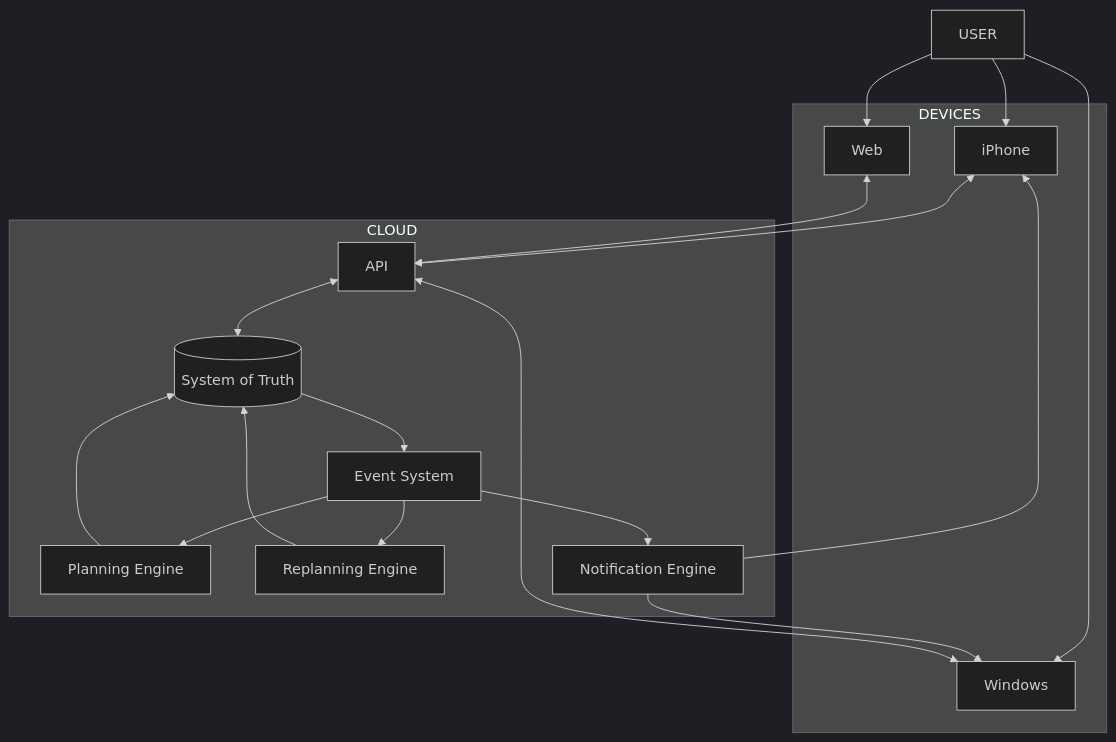
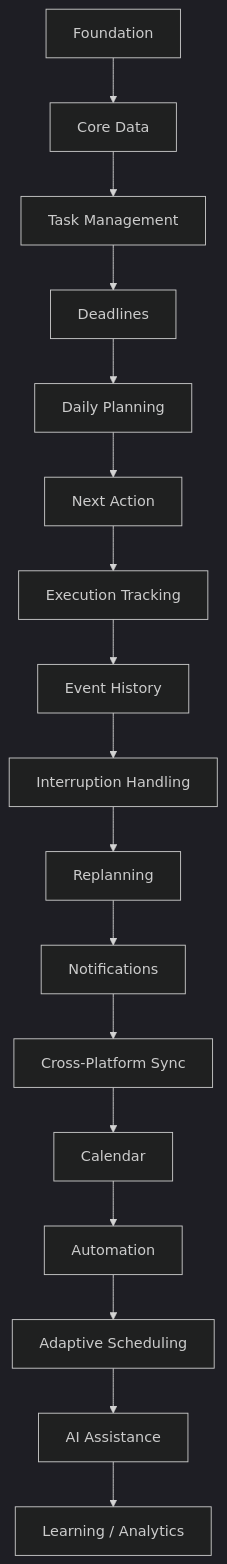
One commit to Alexsilvin/personal-productivity-system changed diagram 14 of 19 in docs/roadmap.md. Above: the diagram before and after it, drawn with Mermaid (dark theme). The commit also changed other lines of this file and 1 other file, not shown here.

````diff
--- a/docs/roadmap.md
+++ b/docs/roadmap.md
@@ -1570,41 +1119,23 @@
-```mermaid id="a3v1rc"
-flowchart TB
+```mermaid
+flowchart TD
+    A["Foundation"] --> B["Core Data"]
+    B --> C["Task Management"]
+    C --> D["Deadlines"]
+    D --> E["Daily Planning"]
+    E --> F["Next Action"]
+    F --> G["Execution Tracking"]
+    G --> H["Event History"]
 
-    USER["USER"]
+    H --> I["Interruption Handling"]
+    I --> J["Replanning"]
 
-    subgraph DEVICES["DEVICES"]
-        IPHONE["iPhone"]
-        WINDOWS["Windows"]
-        WEB["Web"]
-    end
+    J --> K["Notifications"]
+    K --> L["Cross-Platform Sync"]
 
-    subgraph CLOUD["CLOUD"]
-        API["API"]
-        STATE[("System of Truth")]
-        EVENTS["Event System"]
-        PLANNER["Planning Engine"]
-        REPLAN["Replanning Engine"]
-        NOTIFY["Notification Engine"]
-    end
+    L --> M["Calendar"]
+    M --> N["Automation"]
 
-    USER --> IPHONE
-    USER --> WINDOWS
-    USER --> WEB
-
-    IPHONE <--> API
-    WINDOWS <--> API
-    WEB <--> API
-
-    API <--> STATE
-
-    STATE --> EVENTS
-    EVENTS --> PLANNER
-    EVENTS --> REPLAN
-    EVENTS --> NOTIFY
-
-    PLANNER --> STATE
-    REPLAN --> STATE
-
-    NOTIFY --> IPHONE
-    NOTIFY --> WINDOWS
+    N --> O["Adaptive Scheduling"]
+    O --> P["AI Assistance"]
+    P --> Q["Learning / Analytics"]
 ```
````
